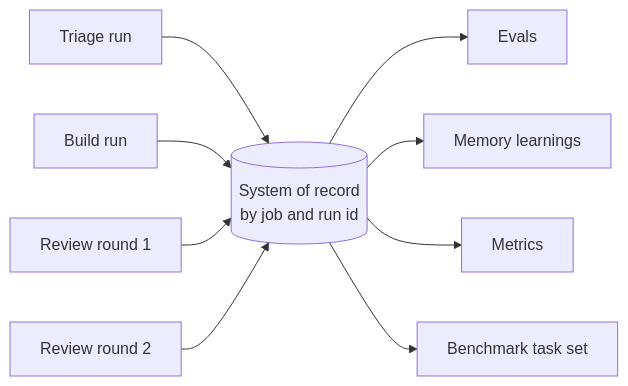
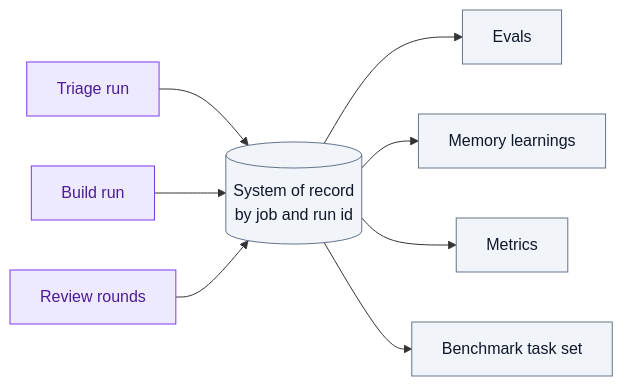
The diagram in docs/08-self-improvement/record-everything.md (icelink-ai/software-factory-manifesto), drawn with Mermaid before and after one commit. The commit also changed other lines of this file and 73 other files, not shown here.

````diff
--- a/docs/08-self-improvement/record-everything.md
+++ b/docs/08-self-improvement/record-everything.md
@@ -26,11 +36,15 @@
 ```mermaid
 flowchart LR
-    T[Triage run] --> SOR
-    B[Build run] --> SOR
-    R1[Review round 1] --> SOR
-    R2[Review round 2] --> SOR
-    SOR[("System of record<br/>by job and run id")] --> EV[Evals]
-    SOR --> MEM[Memory learnings]
-    SOR --> MET[Metrics]
-    SOR --> BM[Benchmark task set]
+    T["Triage run"]:::agent --> SOR
+    B["Build run"]:::agent --> SOR
+    R["Review rounds"]:::agent --> SOR
+    SOR[("System of record<br/>by job and run id")]:::script --> EV["Evals"]:::script
+    SOR --> MEM["Memory learnings"]:::script
+    SOR --> MET["Metrics"]:::script
+    SOR --> BM["Benchmark task set"]:::script
+    classDef person fill:#dbeafe,stroke:#2563eb,color:#1e3a8a
+    classDef script fill:#f1f5f9,stroke:#64748b,color:#0f172a
+    classDef agent fill:#ede9fe,stroke:#7c3aed,color:#4c1d95
+    classDef state fill:#dcfce7,stroke:#16a34a,color:#14532d
+    classDef stop fill:#ffedd5,stroke:#ea580c,color:#7c2d12
 ```
````
